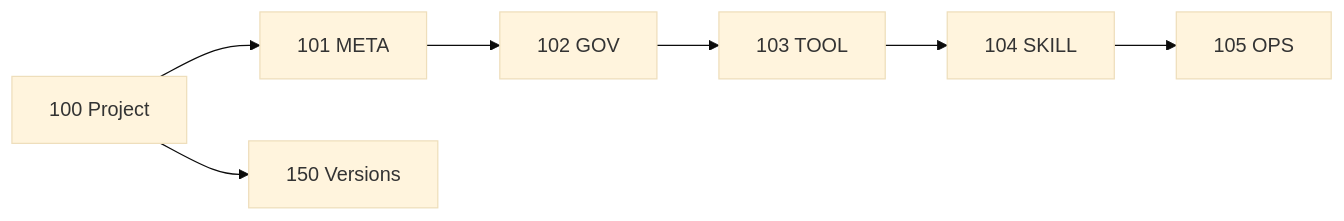
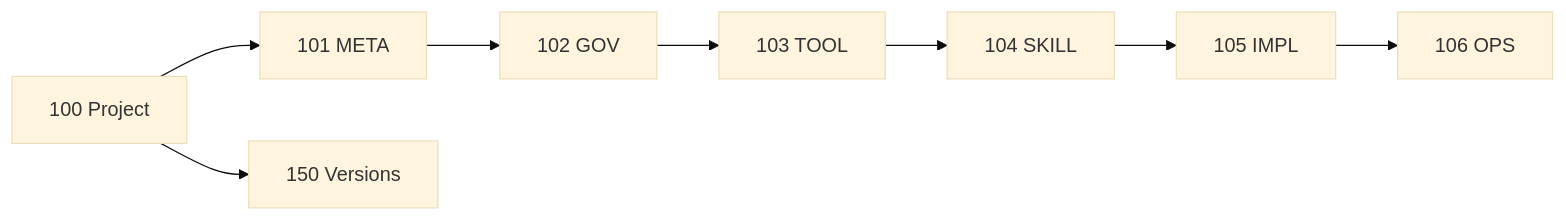
Before and after one commit to anatoly-m-maslennikov/dset-specs-loops-framework: the diagram in .dset/100_project/DSET-PROJECT-HUB.md, drawn with Mermaid (base theme). The commit also changed other lines of this file and 158 other files, not shown here.

````diff
--- a/.dset/100_project/DSET-PROJECT-HUB.md
+++ b/.dset/100_project/DSET-PROJECT-HUB.md
@@ -16,13 +16,14 @@
 ```mermaid
 flowchart LR
     PROJECT["100 Project"]
     META["101 META"]
     GOV["102 GOV"]
     TOOL["103 TOOL"]
     SKILL["104 SKILL"]
-    OPS["105 OPS"]
+    IMPL["105 IMPL"]
+    OPS["106 OPS"]
     VERSION["150 Versions"]
 
-    PROJECT --> META --> GOV --> TOOL --> SKILL --> OPS
+    PROJECT --> META --> GOV --> TOOL --> SKILL --> IMPL --> OPS
     PROJECT --> VERSION
 ```
````
